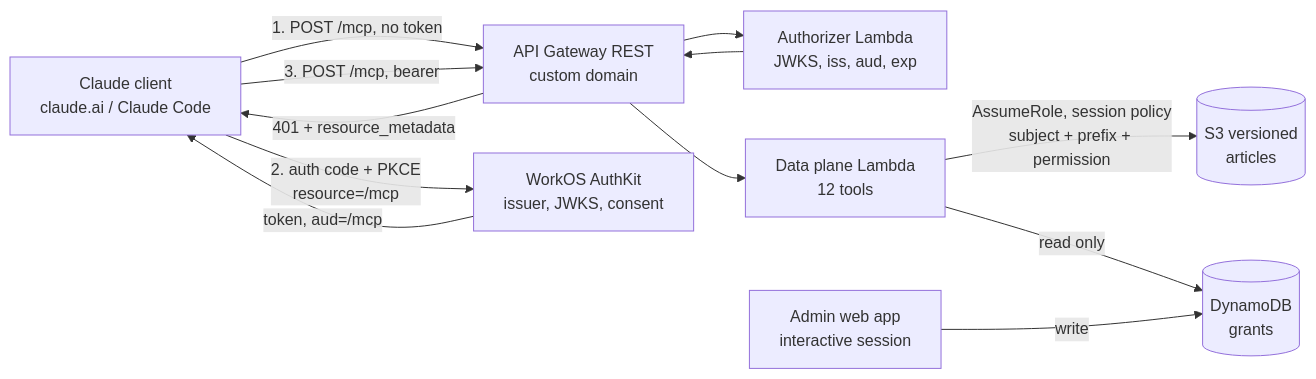
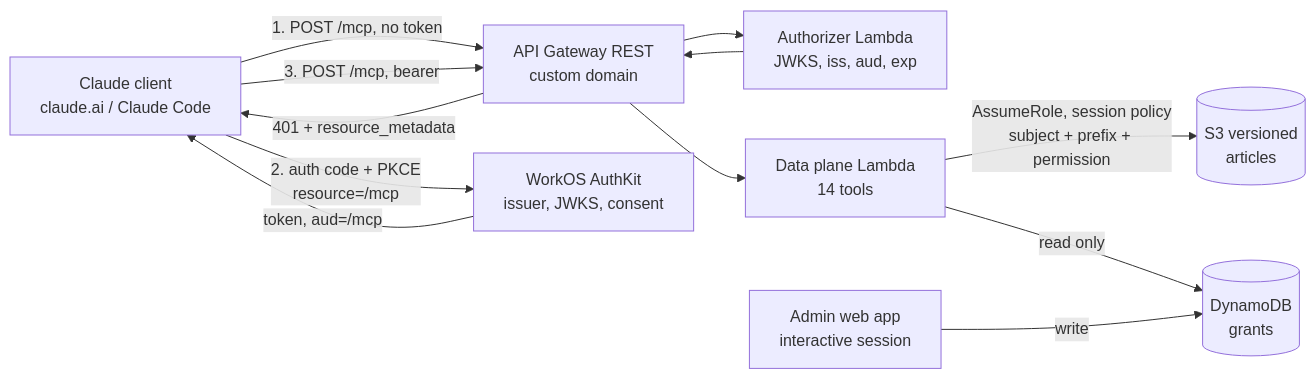
Before and after one commit to jfamestad/s3condbrain: the diagram in docs/ARCHITECTURE.md, drawn with Mermaid. The commit also changed other lines of this file and 4 other files, not shown here.

````diff
--- a/docs/ARCHITECTURE.md
+++ b/docs/ARCHITECTURE.md
@@ -9,14 +9,14 @@
 ```mermaid
 flowchart LR
     C[Claude client<br/>claude.ai / Claude Code] -->|1. POST /mcp, no token| G[API Gateway REST<br/>custom domain]
     G -->|401 + resource_metadata| C
     C -->|2. auth code + PKCE<br/>resource=/mcp| W[WorkOS AuthKit<br/>issuer, JWKS, consent]
     W -->|token, aud=/mcp| C
     C -->|3. POST /mcp, bearer| G
     G --> A[Authorizer Lambda<br/>JWKS, iss, aud, exp]
     A --> G
-    G --> D[Data plane Lambda<br/>12 tools]
+    G --> D[Data plane Lambda<br/>14 tools]
     D -->|AssumeRole, session policy<br/>subject + prefix + permission| S[(S3 versioned<br/>articles)]
     D -->|read only| T[(DynamoDB<br/>grants)]
     X[Admin web app<br/>interactive session] -->|write| T
 ```
````
